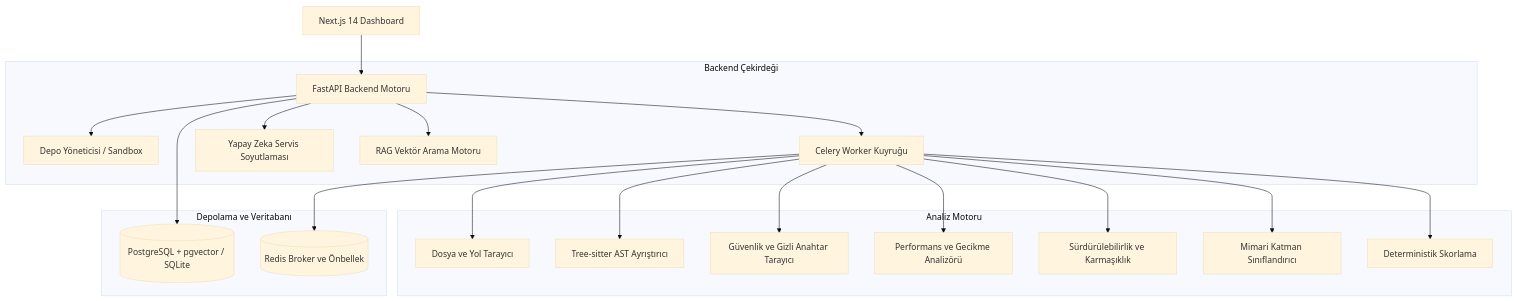
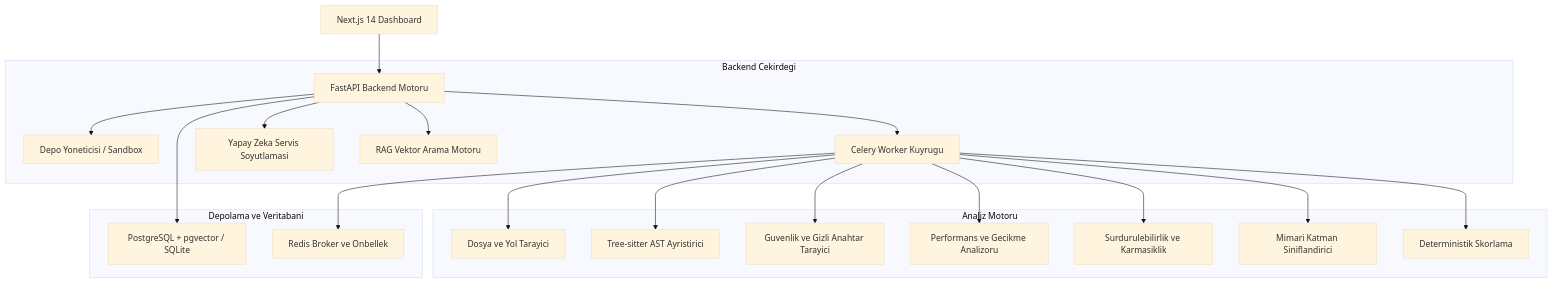
The first of 4 diagrams in README.md (Berkan0535/-CodeXray), drawn with Mermaid (base theme) before and after one commit. The commit also changed other lines of this file, not shown here.

Commit message:
fix(docs): resolve Mermaid parser error by removing invalid cylinder quotes and spacing

````diff
--- a/README.md
+++ b/README.md
@@ -37,26 +37,26 @@
 ```mermaid
-flowchart TB
+flowchart TD
     Client["Next.js 14 Dashboard"] --> API["FastAPI Backend Motoru"]
     
-    subgraph BackendCore ["Backend Çekirdeği"]
-        API --> RepoMgr["Depo Yöneticisi / Sandbox"]
-        API --> TaskQueue["Celery Worker Kuyruğu"]
-        API --> AIService["Yapay Zeka Servis Soyutlaması"]
-        API --> RAG["RAG Vektör Arama Motoru"]
+    subgraph BackendCore["Backend Cekirdegi"]
+        API --> RepoMgr["Depo Yoneticisi / Sandbox"]
+        API --> TaskQueue["Celery Worker Kuyrugu"]
+        API --> AIService["Yapay Zeka Servis Soyutlamasi"]
+        API --> RAG["RAG Vektor Arama Motoru"]
     end
 
-    subgraph AnalysisEngine ["Analiz Motoru"]
-        TaskQueue --> Scanner["Dosya ve Yol Tarayıcı"]
-        TaskQueue --> AST["Tree-sitter AST Ayrıştırıcı"]
-        TaskQueue --> Security["Güvenlik ve Gizli Anahtar Tarayıcı"]
-        TaskQueue --> Perf["Performans ve Gecikme Analizörü"]
-        TaskQueue --> Quality["Sürdürülebilirlik ve Karmaşıklık"]
-        TaskQueue --> Arch["Mimari Katman Sınıflandırıcı"]
+    subgraph AnalysisEngine["Analiz Motoru"]
+        TaskQueue --> Scanner["Dosya ve Yol Tarayici"]
+        TaskQueue --> AST["Tree-sitter AST Ayristirici"]
+        TaskQueue --> Security["Guvenlik ve Gizli Anahtar Tarayici"]
+        TaskQueue --> Perf["Performans ve Gecikme Analizoru"]
+        TaskQueue --> Quality["Surdurulebilirlik ve Karmasiklik"]
+        TaskQueue --> Arch["Mimari Katman Siniflandirici"]
         TaskQueue --> Scoring["Deterministik Skorlama"]
     end
 
-    subgraph StorageDB ["Depolama ve Veritabanı"]
-        API --> DB[("PostgreSQL + pgvector / SQLite")]
-        TaskQueue --> Redis[("Redis Broker ve Önbellek")]
+    subgraph StorageDB["Depolama ve Veritabani"]
+        API --> DB["PostgreSQL + pgvector / SQLite"]
+        TaskQueue --> Redis["Redis Broker ve Onbellek"]
     end
 ```
````
